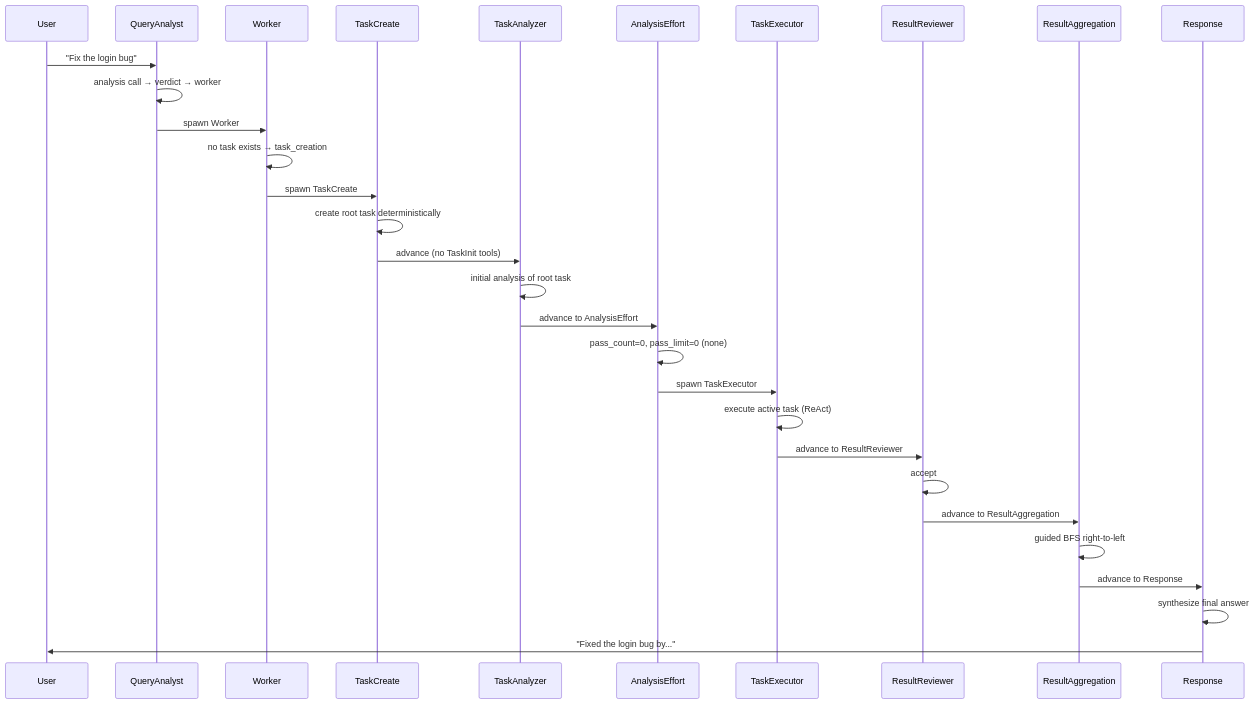
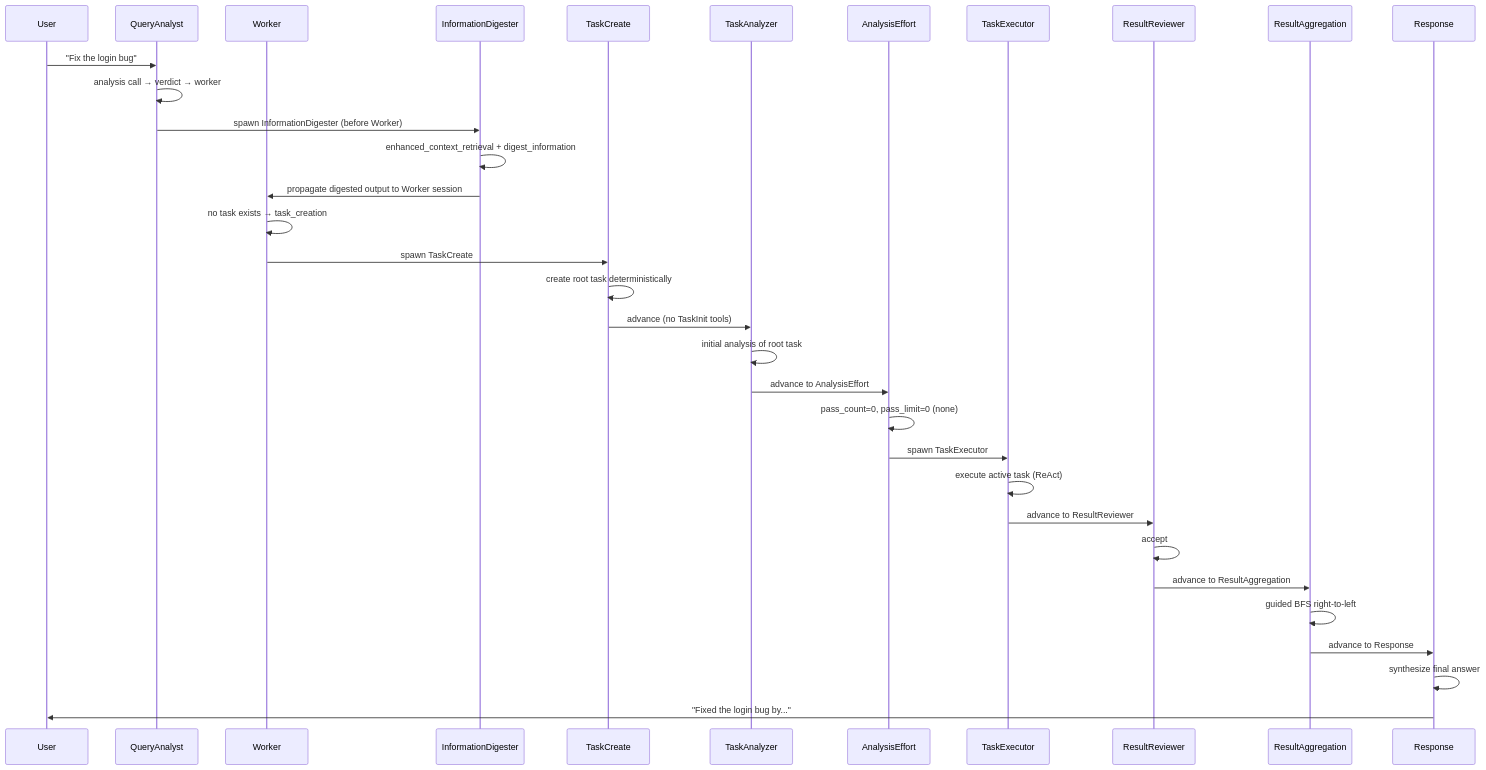
The first of 17 diagrams in src/tinycua/docs/design/loops/expected_scenarios.md (VJyzCELERY/TINYCUA), drawn with Mermaid before and after one commit. The commit also changed other lines of this file and 5 other files, not shown here.

First line of the commit message:
fix(design): spawn InformationDigester before WorkerNode for better routing context (#117)

````diff
--- a/src/tinycua/docs/design/loops/expected_scenarios.md
+++ b/src/tinycua/docs/design/loops/expected_scenarios.md
@@ -20,33 +20,36 @@
 ```mermaid
 sequenceDiagram
     participant User
     participant QA as QueryAnalyst
     participant W as Worker
+    participant ID as InformationDigester
     participant TC as TaskCreate
     participant TA as TaskAnalyzer
     participant AE as AnalysisEffort
     participant TE as TaskExecutor
     participant RR as ResultReviewer
     participant RAgg as ResultAggregation
     participant R as Response
 
     User->>QA: "Fix the login bug"
     QA->>QA: analysis call → verdict → worker
-    QA->>W: spawn Worker
+    QA->>ID: spawn InformationDigester (before Worker)
+    ID->>ID: enhanced_context_retrieval + digest_information
+    ID->>W: propagate digested output to Worker session
     W->>W: no task exists → task_creation
     W->>TC: spawn TaskCreate
     TC->>TC: create root task deterministically
     TC->>TA: advance (no TaskInit tools)
     TA->>TA: initial analysis of root task
     TA->>AE: advance to AnalysisEffort
     AE->>AE: pass_count=0, pass_limit=0 (none)
     AE->>TE: spawn TaskExecutor
     TE->>TE: execute active task (ReAct)
     TE->>RR: advance to ResultReviewer
     RR->>RR: accept
     RR->>RAgg: advance to ResultAggregation
     RAgg->>RAgg: guided BFS right-to-left
     RAgg->>R: advance to Response
     R->>R: synthesize final answer
     R->>User: "Fixed the login bug by..."
 ```
````
